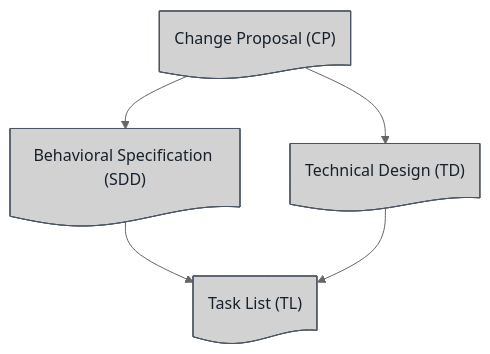
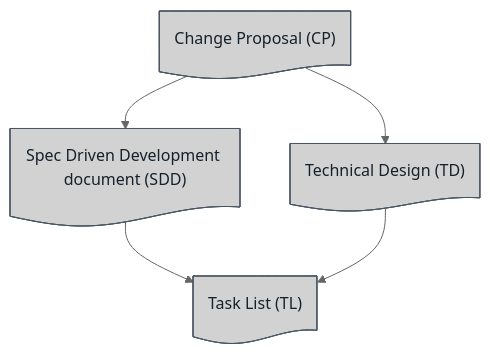
The first of 2 diagrams in README.md (fatonsopa/ai-technical-writer), drawn with Mermaid (neutral theme) before and after one commit. The commit also changed other lines of this file and 2 other files, not shown here.

````diff
--- a/README.md
+++ b/README.md
@@ -85,15 +85,15 @@
 ```mermaid
 flowchart TD
     accTitle: Core document flow
     accDescr: The proposal feeds the specification and design. Both feed the task list.
     CP@{ shape: doc, label: "Change Proposal (CP)" }
-    SDD@{ shape: doc, label: "Behavioral Specification (SDD)" }
+    SDD@{ shape: doc, label: "Spec Driven Development document (SDD)" }
     TD@{ shape: doc, label: "Technical Design (TD)" }
     TL@{ shape: doc, label: "Task List (TL)" }
     CP --> SDD
     CP --> TD
     SDD --> TL
     TD --> TL
     classDef document fill:#D2D2D2,stroke:#4B5563,color:#17212B
     class CP,SDD,TD,TL document
 ```
````
